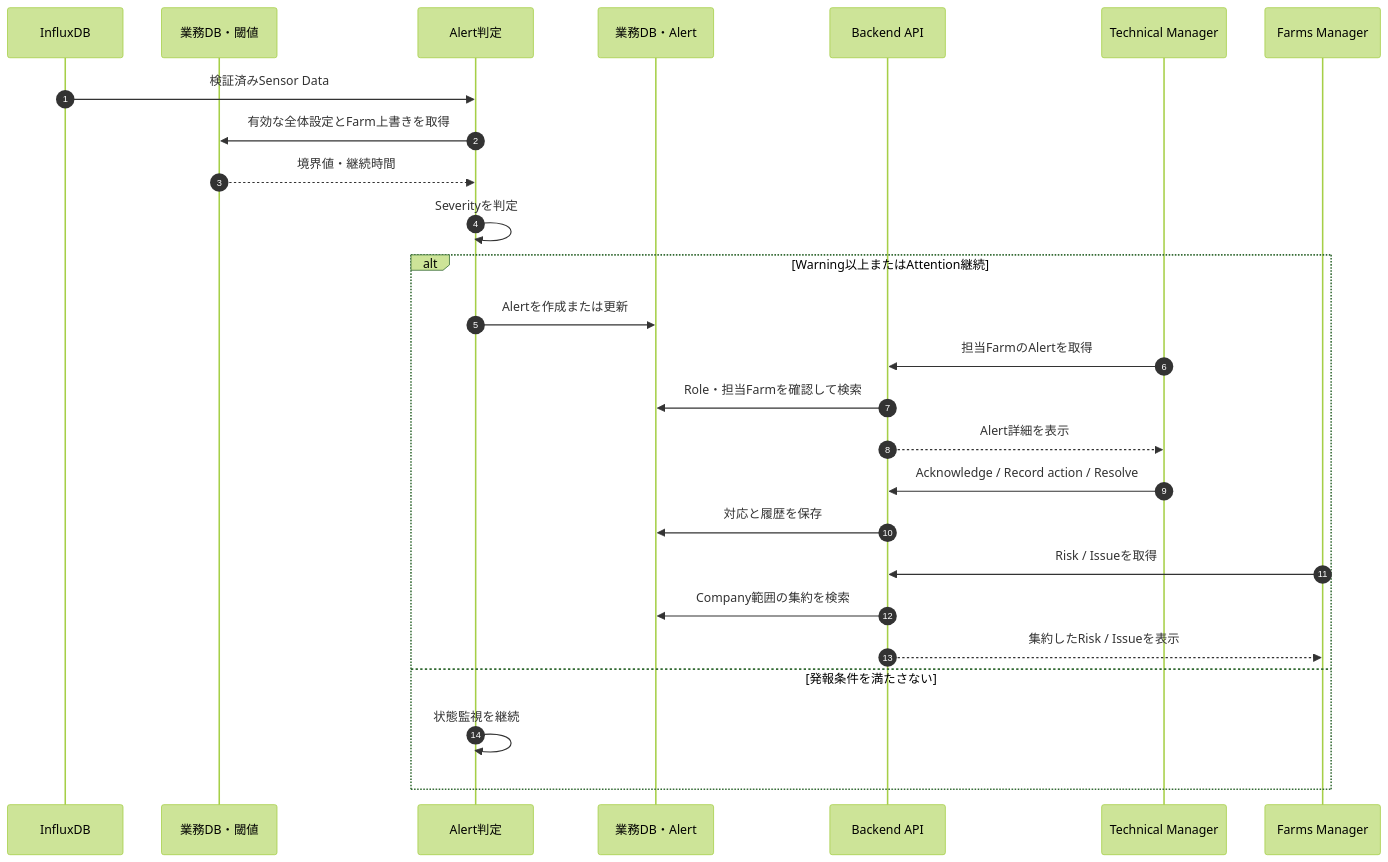
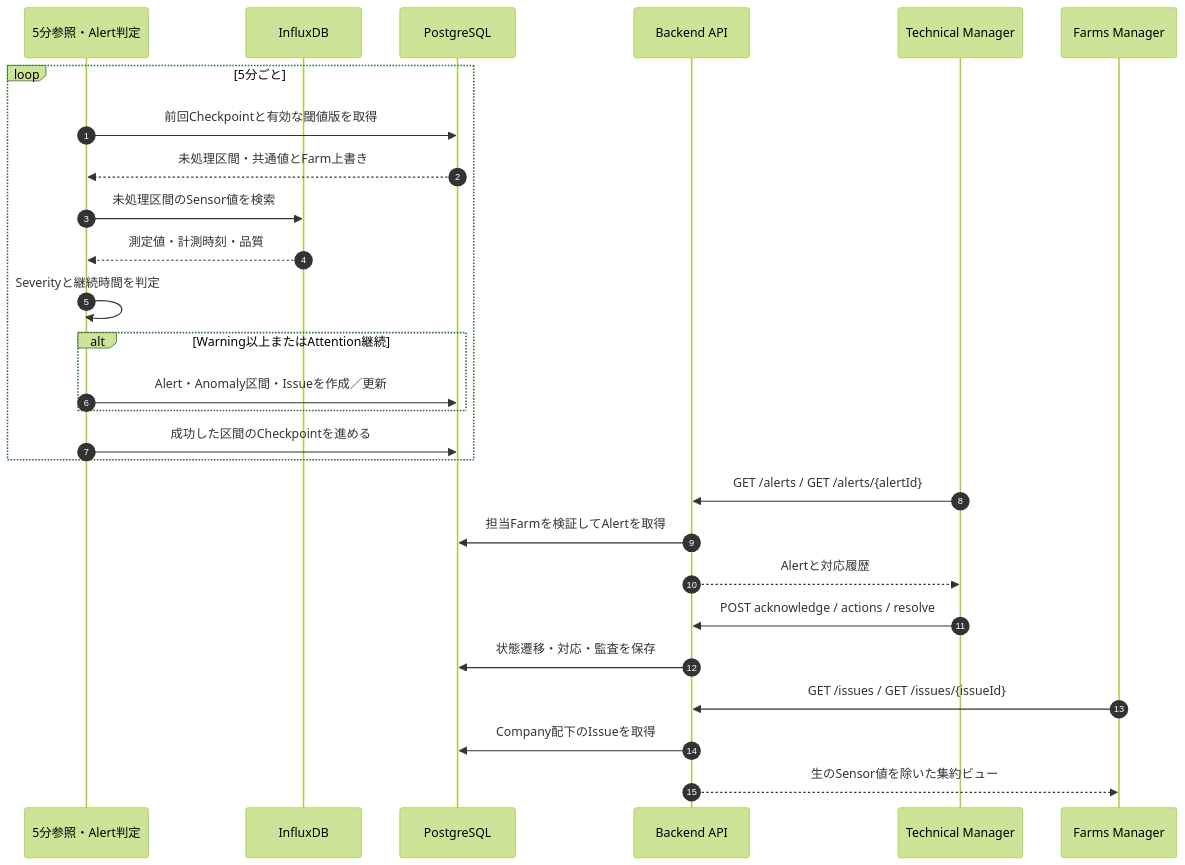
Before and after one commit to kanetaku1/Aqua-Guard: the third of 6 diagrams in docs/backend_architecture_diagrams.md, drawn with Mermaid (forest theme). The commit also changed other lines of this file and 3 other files, not shown here.

Commit message:
backend_architecture(ver2)

````diff
--- a/docs/backend_architecture_diagrams.md
+++ b/docs/backend_architecture_diagrams.md
@@ -82,29 +80,30 @@
 ```mermaid
 sequenceDiagram
   autonumber
-  participant Influx as InfluxDB
-  participant Rules as 業務DB・閾値
-  participant Engine as Alert判定
-  participant DB as 業務DB・Alert
+  participant Worker as 5分参照・Alert判定
+  participant IFX as InfluxDB
+  participant PG as PostgreSQL
   participant API as Backend API
   participant TM as Technical Manager
   participant FM as Farms Manager
 
-  Influx->>Engine: 検証済みSensor Data
-  Engine->>Rules: 有効な全体設定とFarm上書きを取得
-  Rules-->>Engine: 境界値・継続時間
-  Engine->>Engine: Severityを判定
-  alt Warning以上またはAttention継続
-    Engine->>DB: Alertを作成または更新
-    TM->>API: 担当FarmのAlertを取得
-    API->>DB: Role・担当Farmを確認して検索
-    API-->>TM: Alert詳細を表示
-    TM->>API: Acknowledge / Record action / Resolve
-    API->>DB: 対応と履歴を保存
-    FM->>API: Risk / Issueを取得
-    API->>DB: Company範囲の集約を検索
-    API-->>FM: 集約したRisk / Issueを表示
-  else 発報条件を満たさない
-    Engine->>Engine: 状態監視を継続
+  loop 5分ごと
+    Worker->>PG: 前回Checkpointと有効な閾値版を取得
+    PG-->>Worker: 未処理区間・共通値とFarm上書き
+    Worker->>IFX: 未処理区間のSensor値を検索
+    IFX-->>Worker: 測定値・計測時刻・品質
+    Worker->>Worker: Severityと継続時間を判定
+    alt Warning以上またはAttention継続
+      Worker->>PG: Alert・Anomaly区間・Issueを作成／更新
+    end
+    Worker->>PG: 成功した区間のCheckpointを進める
   end
+  TM->>API: GET /alerts / GET /alerts/{alertId}
+  API->>PG: 担当Farmを検証してAlertを取得
+  API-->>TM: Alertと対応履歴
+  TM->>API: POST acknowledge / actions / resolve
+  API->>PG: 状態遷移・対応・監査を保存
+  FM->>API: GET /issues / GET /issues/{issueId}
+  API->>PG: Company配下のIssueを取得
+  API-->>FM: 生のSensor値を除いた集約ビュー
 ```
````
